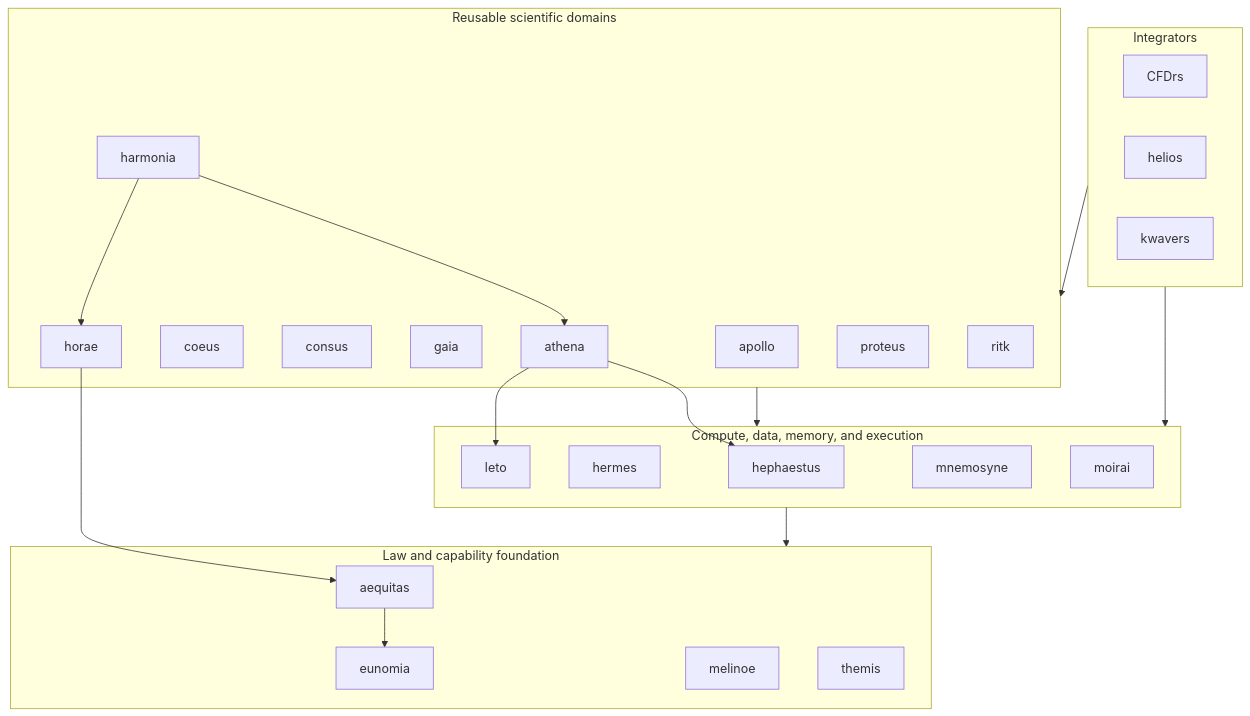
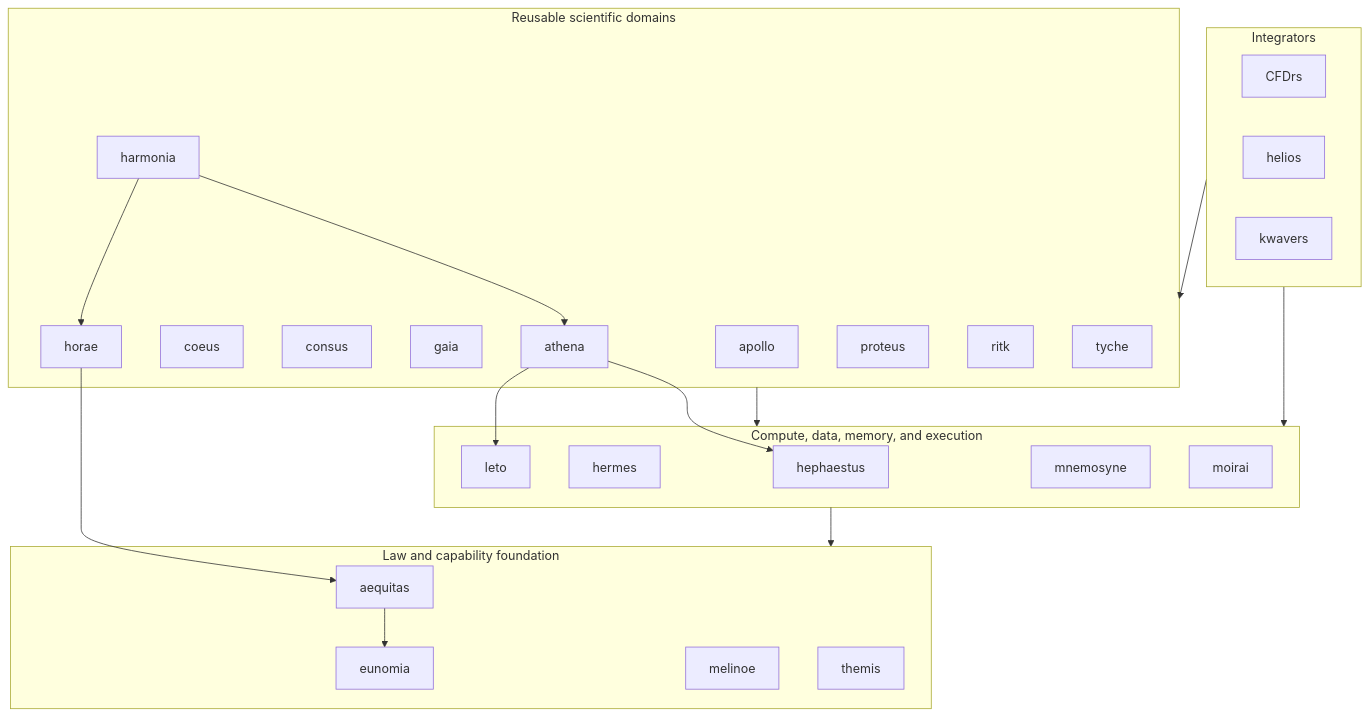
One commit to ryancinsight/atlas changed the diagram in README.md. Above: the diagram before and after it, drawn with Mermaid. The commit also changed other lines of this file and 1 other file, not shown here.

First line of the commit message:
feat(atlas): Register tyche submodule; promote from candidate

````diff
--- a/README.md
+++ b/README.md
@@ -76,46 +77,47 @@
 ```mermaid
 flowchart TB
     subgraph Integrators
         CFDrs
         helios
         kwavers
     end
 
     subgraph Domains["Reusable scientific domains"]
         apollo
         coeus
         consus
         gaia
         harmonia
         horae
         athena
         proteus
         ritk
+        tyche
     end
 
     subgraph Compute["Compute, data, memory, and execution"]
         hephaestus
         hermes
         leto
         mnemosyne
         moirai
     end
 
     subgraph Foundation["Law and capability foundation"]
         aequitas
         eunomia
         melinoe
         themis
     end
 
     Integrators --> Domains
     Integrators --> Compute
     Domains --> Compute
     Compute --> Foundation
     aequitas --> eunomia
     horae --> aequitas
     athena --> leto
     athena --> hephaestus
     harmonia --> horae
     harmonia --> athena
 ```
````
